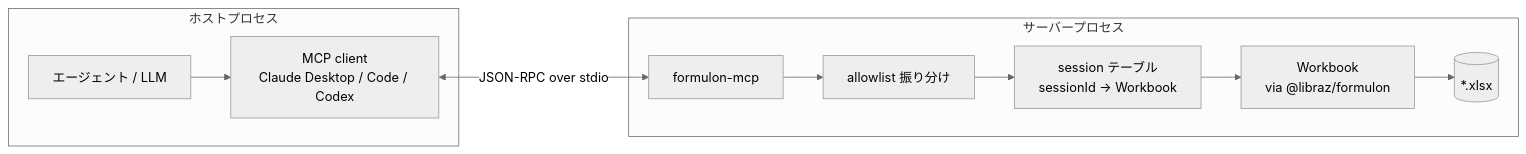
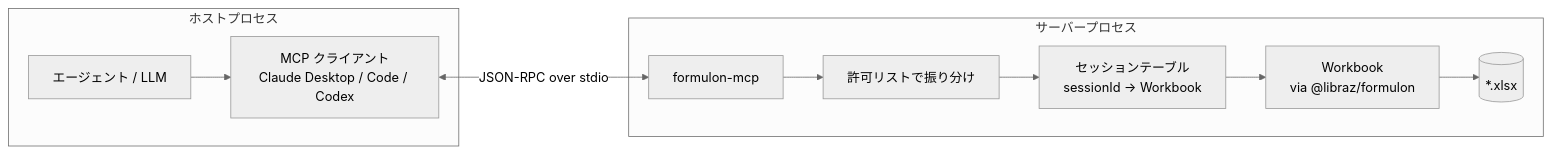
One commit to libraz/formulon-homepage changed the diagram in src/ja/mcp/index.md. Above: the diagram before and after it, drawn with Mermaid (neutral theme). The commit also changed other lines of this file and 49 other files, not shown here.

````diff
--- a/src/ja/mcp/index.md
+++ b/src/ja/mcp/index.md
@@ -15,13 +15,13 @@
 ```mermaid
 flowchart LR
   subgraph ホストプロセス
-    AGENT[エージェント / LLM] --> CLIENT[MCP client<br/>Claude Desktop / Code / Codex]
+    AGENT[エージェント / LLM] --> CLIENT[MCP クライアント<br/>Claude Desktop / Code / Codex]
   end
   CLIENT <-->|JSON-RPC over stdio| SERVER[formulon-mcp]
   subgraph サーバープロセス
-    SERVER --> ALLOW[allowlist 振り分け]
-    ALLOW --> SESS[session テーブル<br/>sessionId → Workbook]
+    SERVER --> ALLOW[許可リストで振り分け]
+    ALLOW --> SESS[セッションテーブル<br/>sessionId → Workbook]
     SESS --> WB[Workbook<br/>via @libraz/formulon]
     WB --> XLSX[(*.xlsx)]
   end
 ```
````
